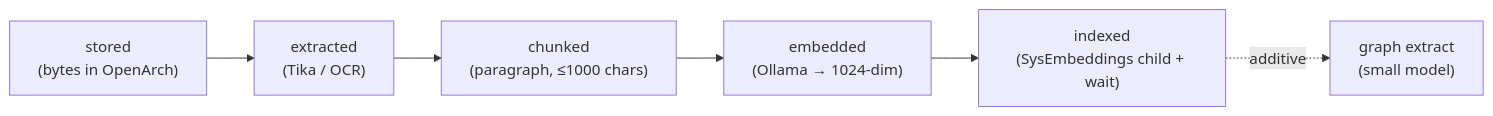
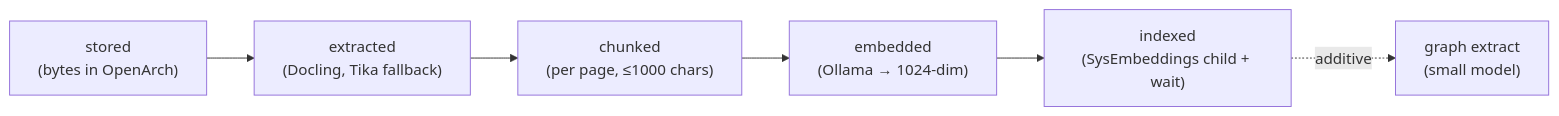
One commit to haaldinger/openarch-studio changed the third of 4 diagrams in docs/TECHNICAL-DEEP-DIVE.md. Above: the diagram before and after it, drawn with Mermaid. The commit also changed other lines of this file and 6 other files, not shown here.

````diff
--- a/docs/TECHNICAL-DEEP-DIVE.md
+++ b/docs/TECHNICAL-DEEP-DIVE.md
@@ -126,8 +129,8 @@
 ```mermaid
 flowchart LR
-    S1["stored\n(bytes in OpenArch)"] --> S2["extracted\n(Tika / OCR)"]
-    S2 --> S3["chunked\n(paragraph, ≤1000 chars)"]
+    S1["stored\n(bytes in OpenArch)"] --> S2["extracted\n(Docling, Tika fallback)"]
+    S2 --> S3["chunked\n(per page, ≤1000 chars)"]
     S3 --> S4["embedded\n(Ollama → 1024-dim)"]
     S4 --> S5["indexed\n(SysEmbeddings child + wait)"]
     S5 -.->|additive| G["graph extract\n(small model)"]
 ```
````
